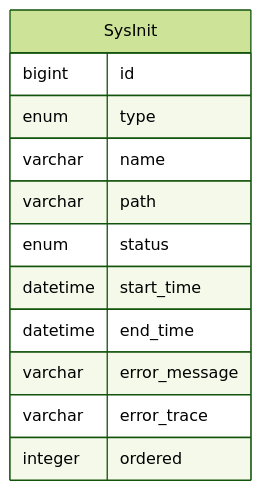
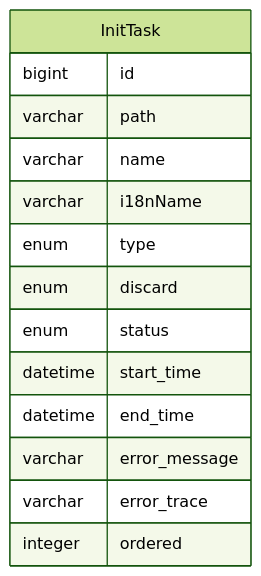
Before and after one commit to mrzhqiang/rowing: the diagram in docs/develop/1.init.md, drawn with Mermaid (forest theme). The commit also changed other lines of this file and 181 other files, not shown here.

````diff
--- a/docs/develop/1.init.md
+++ b/docs/develop/1.init.md
@@ -17,15 +17,17 @@
 ```mermaid
 erDiagram
-    SysInit {
+    InitTask {
         bigint id
+        varchar path
+        varchar name
+        varchar i18nName
         enum type
-        varchar name
-        varchar path
+        enum discard
         enum status
         datetime start_time
         datetime end_time
         varchar error_message
         varchar error_trace
         integer ordered
     }
 ```
````
